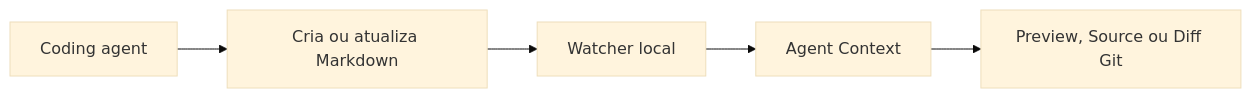
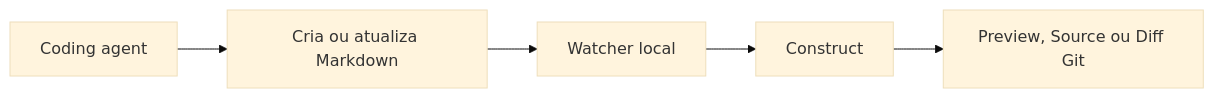
The diagram in docs/product-spec.md (lfnovo/construct), drawn with Mermaid (base theme) before and after one commit. The commit also changed other lines of this file and 65 other files, not shown here.

````diff
--- a/docs/product-spec.md
+++ b/docs/product-spec.md
@@ -337,7 +337,7 @@
 ```mermaid
 flowchart LR
     A[Coding agent] --> B[Cria ou atualiza Markdown]
     B --> C[Watcher local]
-    C --> D[Agent Context]
+    C --> D[Construct]
     D --> E[Preview, Source ou Diff Git]
 ```
````
